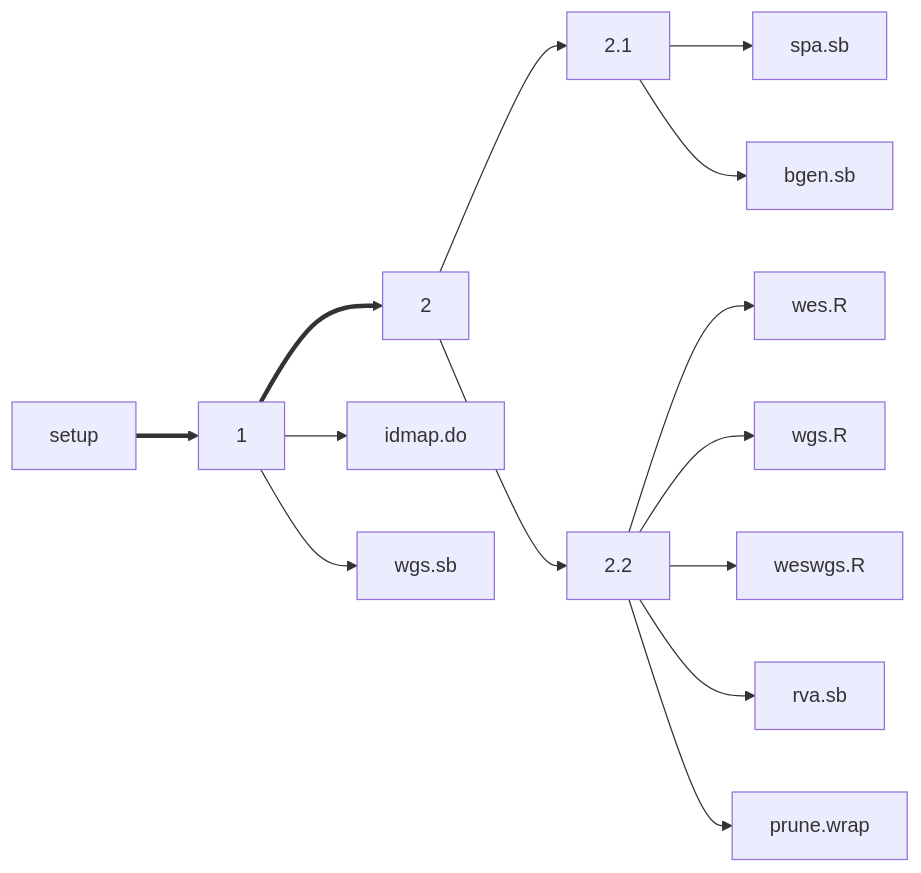
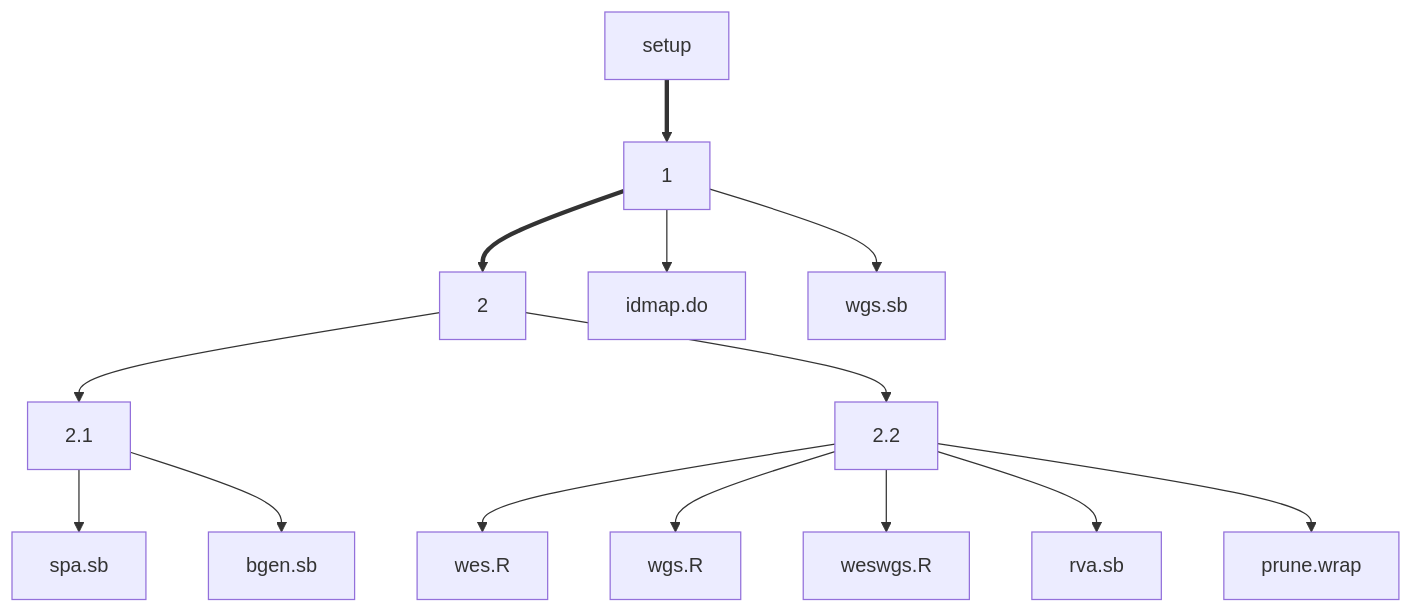
Before and after one commit to jinghuazhao/SCALLOP-Seq: the diagram in README.md, drawn with Mermaid. The commit also changed other lines of this file and 1 other file, not shown here.

````diff
--- a/README.md
+++ b/README.md
@@ -13,7 +13,7 @@
 ```mermaid
-graph LR;
+graph TB;
 setup ==> 1 ==> 2;
     1 --> idmap.do; 1 --> wgs.sb;
     2 --> 2.1 --> spa.sb; 2.1 --> bgen.sb;
     2 --> 2.2 --> wes.R; 2.2 --> wgs.R; 2.2 --> weswgs.R; 2.2 --> rva.sb; 2.2 --> prune.wrap;
 ```
````
